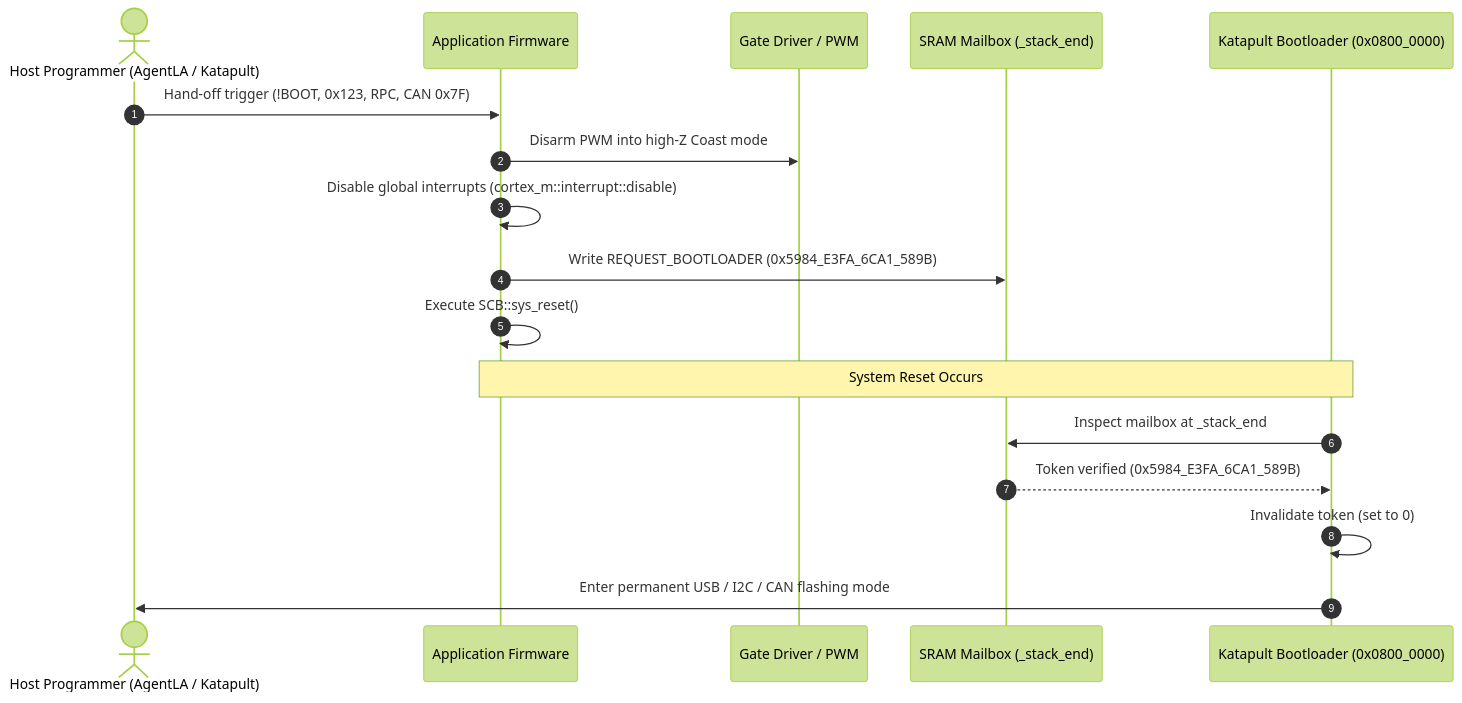
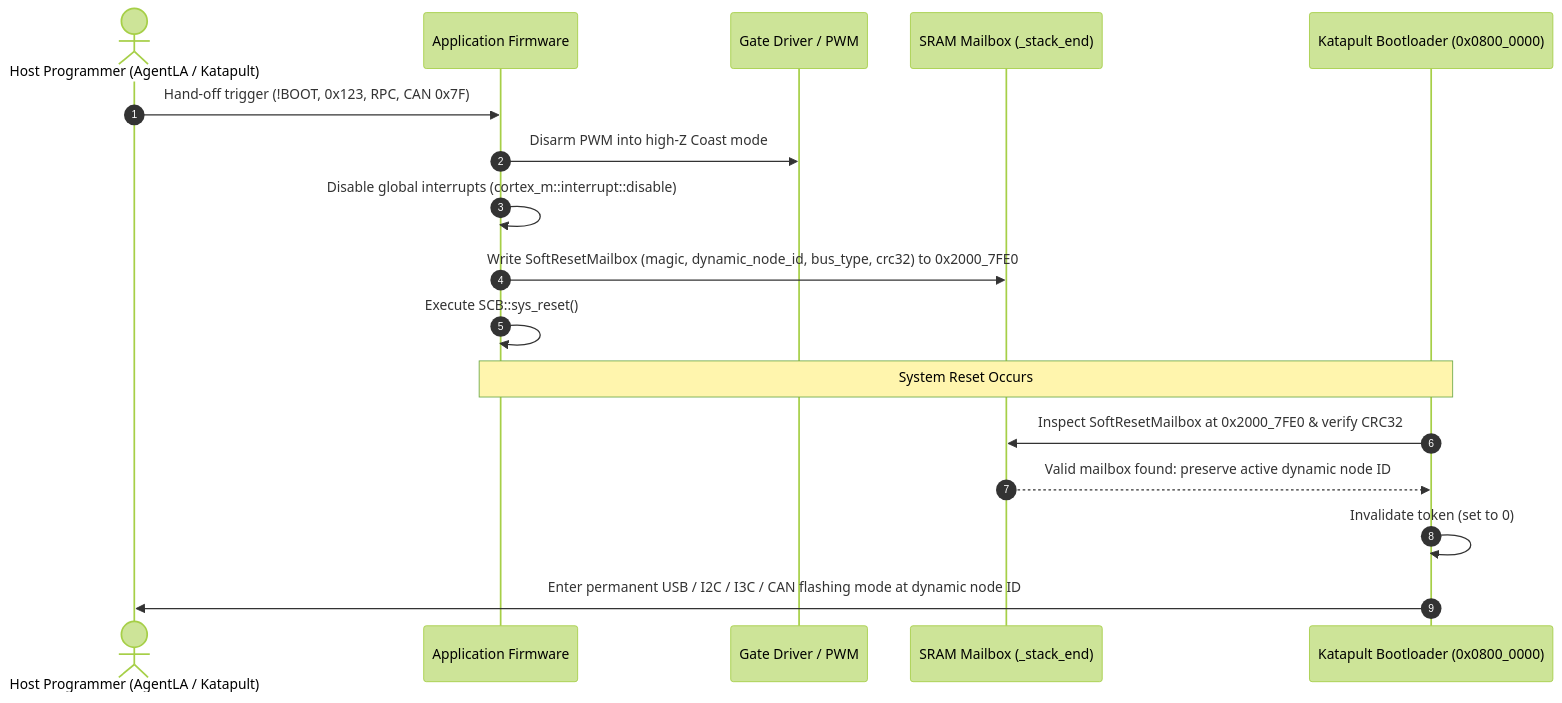
The diagram in docs/platforms/bootloader.md (bareFOC/barefoc.github.io), drawn with Mermaid (forest theme) before and after one commit. The commit also changed other lines of this file and 1 other file, not shown here.

Commit message:
[docs] platforms: document unified identity traits and SoftResetMailbox architecture

````diff
--- a/docs/platforms/bootloader.md
+++ b/docs/platforms/bootloader.md
@@ -21,20 +21,20 @@
 ```mermaid
 sequenceDiagram
     autonumber
     actor Host as Host Programmer (AgentLA / Katapult)
     participant App as Application Firmware
     participant Inverter as Gate Driver / PWM
     participant SRAM as SRAM Mailbox (_stack_end)
     participant Boot as Katapult Bootloader (0x0800_0000)
 
     Host->>App: Hand-off trigger (!BOOT, 0x123, RPC, CAN 0x7F)
     App->>Inverter: Disarm PWM into high-Z Coast mode
     App->>App: Disable global interrupts (cortex_m::interrupt::disable)
-    App->>SRAM: Write REQUEST_BOOTLOADER (0x5984_E3FA_6CA1_589B)
+    App->>SRAM: Write SoftResetMailbox (magic, dynamic_node_id, bus_type, crc32) to 0x2000_7FE0
     App->>App: Execute SCB::sys_reset()
     Note over App, Boot: System Reset Occurs
-    Boot->>SRAM: Inspect mailbox at _stack_end
-    SRAM-->>Boot: Token verified (0x5984_E3FA_6CA1_589B)
+    Boot->>SRAM: Inspect SoftResetMailbox at 0x2000_7FE0 & verify CRC32
+    SRAM-->>Boot: Valid mailbox found: preserve active dynamic node ID
     Boot->>Boot: Invalidate token (set to 0)
-    Boot->>Host: Enter permanent USB / I2C / CAN flashing mode
+    Boot->>Host: Enter permanent USB / I2C / I3C / CAN flashing mode at dynamic node ID
 ```
````
